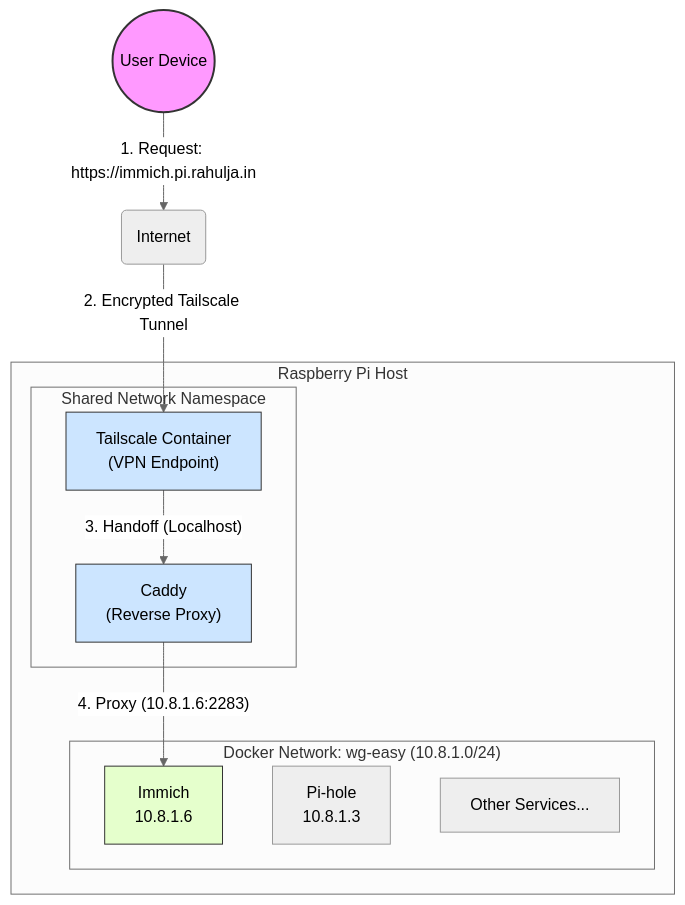
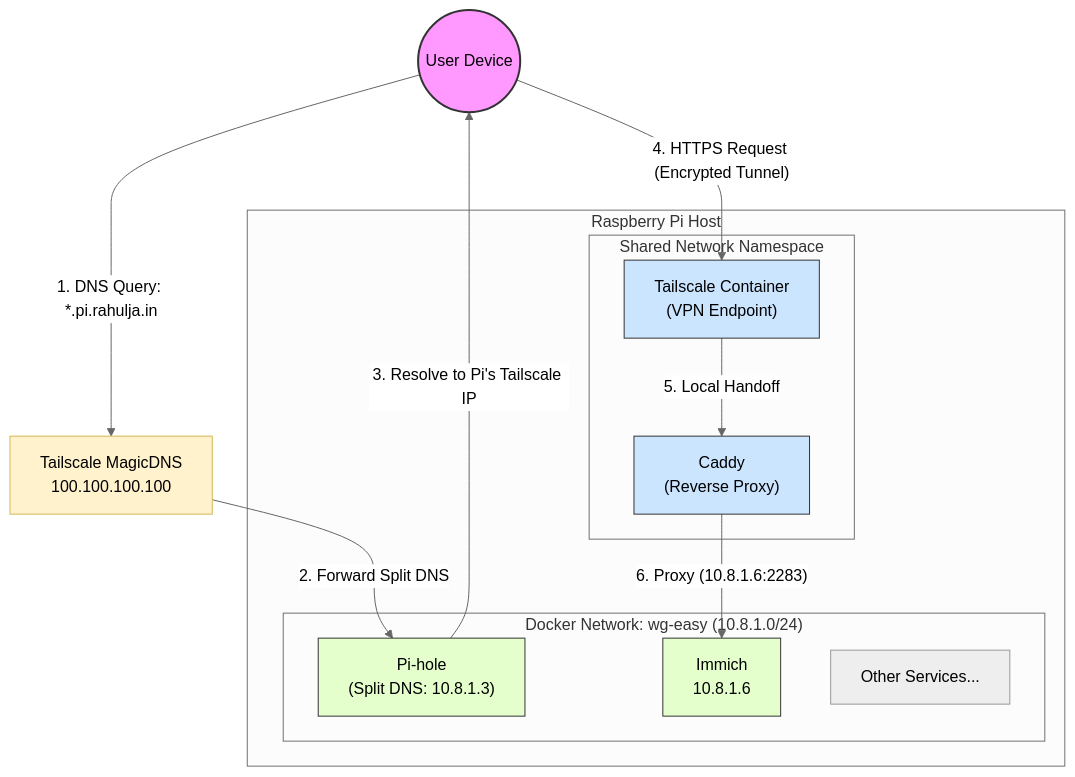
The diagram in README.md (xRahul/Pi-setup), drawn with Mermaid (neutral theme) before and after one commit. The commit also changed other lines of this file, not shown here.

Commit message:
docs: update arch diagram to show split dns flow

````diff
--- a/README.md
+++ b/README.md
@@ -19,28 +19,32 @@
 ```mermaid
 graph TD
     user((User Device))
-    internet(Internet)
+    ts_dns[Tailscale MagicDNS<br/>100.100.100.100]
 
     subgraph "Raspberry Pi Host"
         subgraph "Shared Network Namespace"
             ts["Tailscale Container<br/>(VPN Endpoint)"]
             caddy["Caddy<br/>(Reverse Proxy)"]
         end
 
         subgraph "Docker Network: wg-easy (10.8.1.0/24)"
+            pihole["Pi-hole<br/>(Split DNS: 10.8.1.3)"]
             immich[Immich<br/>10.8.1.6]
-            pihole[Pi-hole<br/>10.8.1.3]
             other[Other Services...]
         end
     end
 
-    user -- "1. Request: https://immich.pi.rahulja.in" --> internet
-    internet -- "2. Encrypted Tailscale Tunnel" --> ts
-    ts -- "3. Handoff (Localhost)" --> caddy
-    caddy -- "4. Proxy (10.8.1.6:2283)" --> immich
+    user -- "1. DNS Query: *.pi.rahulja.in" --> ts_dns
+    ts_dns -- "2. Forward Split DNS" --> pihole
+    pihole -- "3. Resolve to Pi's Tailscale IP" --> user
+    user -- "4. HTTPS Request (Encrypted Tunnel)" --> ts
+    ts -- "5. Local Handoff" --> caddy
+    caddy -- "6. Proxy (10.8.1.6:2283)" --> immich
 
     style user fill:#f9f,stroke:#333,stroke-width:2px
+    style ts_dns fill:#fff2cc,stroke:#d6b656
     style ts fill:#cce5ff,stroke:#333
     style caddy fill:#cce5ff,stroke:#333
+    style pihole fill:#e5ffcc,stroke:#333
     style immich fill:#e5ffcc,stroke:#333
 ```
````
